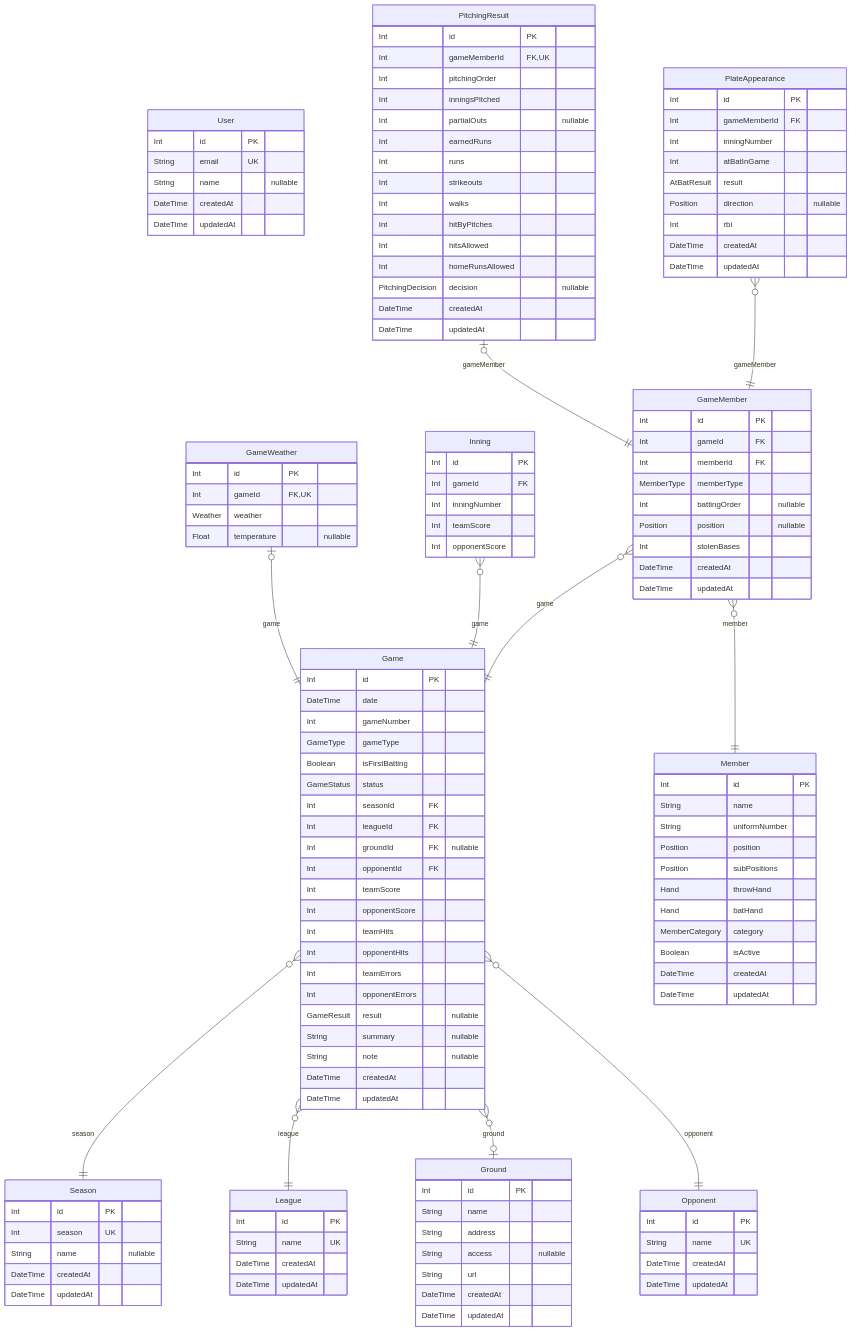
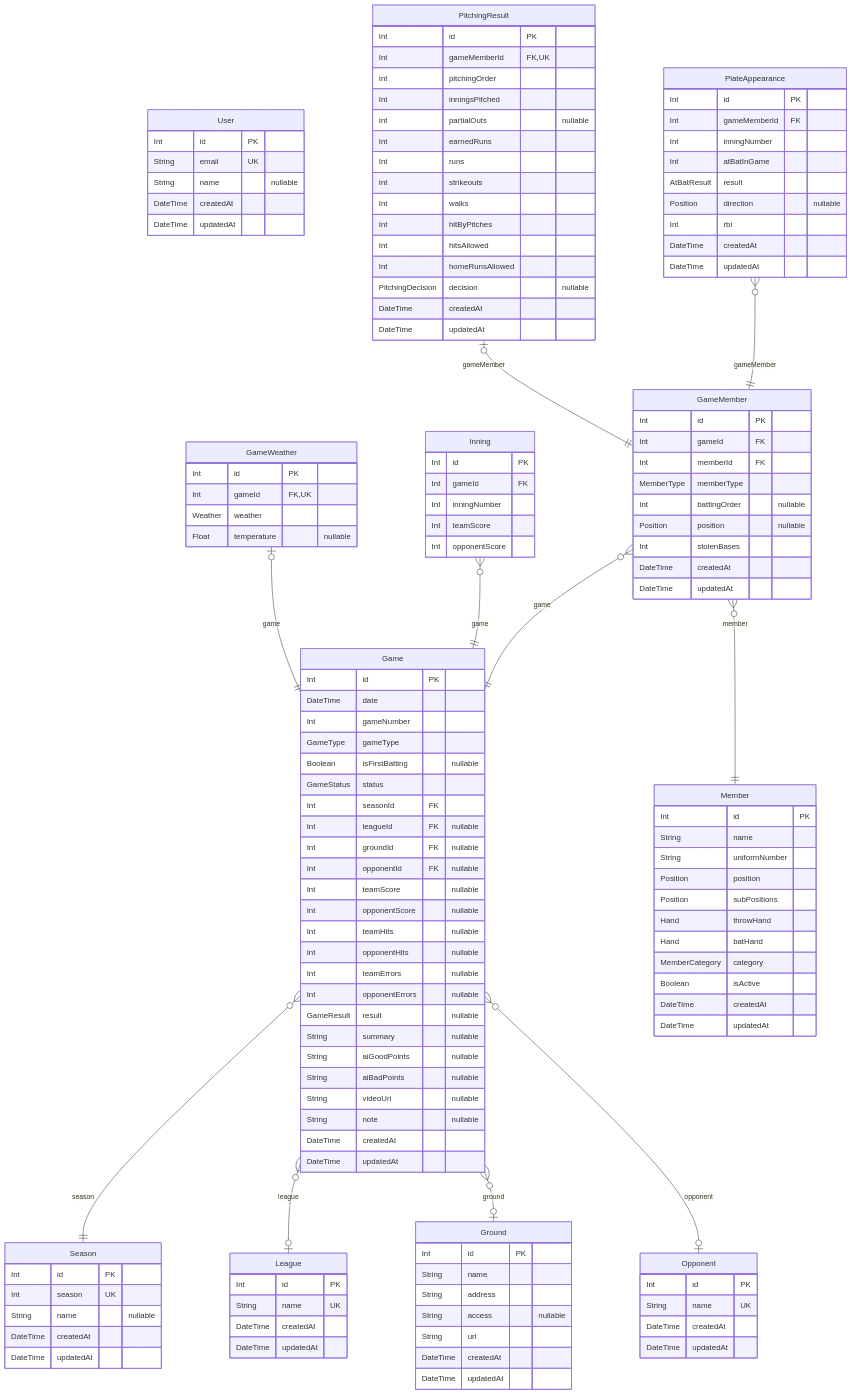
The diagram in docs/er-diagram.md (keitaroutakahashi/albatross), drawn with Mermaid before and after one commit. The commit also changed other lines of this file and 21 other files, not shown here.

```diff
--- a/docs/er-diagram.md
+++ b/docs/er-diagram.md
@@ -61,20 +61,23 @@
   DateTime date
   Int gameNumber
   GameType gameType
-  Boolean isFirstBatting
+  Boolean isFirstBatting "nullable"
   GameStatus status
   Int seasonId FK
-  Int leagueId FK
+  Int leagueId FK "nullable"
   Int groundId FK "nullable"
-  Int opponentId FK
-  Int teamScore
-  Int opponentScore
-  Int teamHits
-  Int opponentHits
-  Int teamErrors
-  Int opponentErrors
+  Int opponentId FK "nullable"
+  Int teamScore "nullable"
+  Int opponentScore "nullable"
+  Int teamHits "nullable"
+  Int opponentHits "nullable"
+  Int teamErrors "nullable"
+  Int opponentErrors "nullable"
   GameResult result "nullable"
   String summary "nullable"
+  String aiGoodPoints "nullable"
+  String aiBadPoints "nullable"
+  String videoUrl "nullable"
   String note "nullable"
   DateTime createdAt
   DateTime updatedAt
@@ -132,9 +135,9 @@
   DateTime updatedAt
 }
 "Game" }o--|| "Season" : season
-"Game" }o--|| "League" : league
+"Game" }o--o| "League" : league
 "Game" }o--o| "Ground" : ground
-"Game" }o--|| "Opponent" : opponent
+"Game" }o--o| "Opponent" : opponent
 "GameWeather" |o--|| "Game" : game
 "Inning" }o--|| "Game" : game
 "GameMember" }o--|| "Game" : game
```
